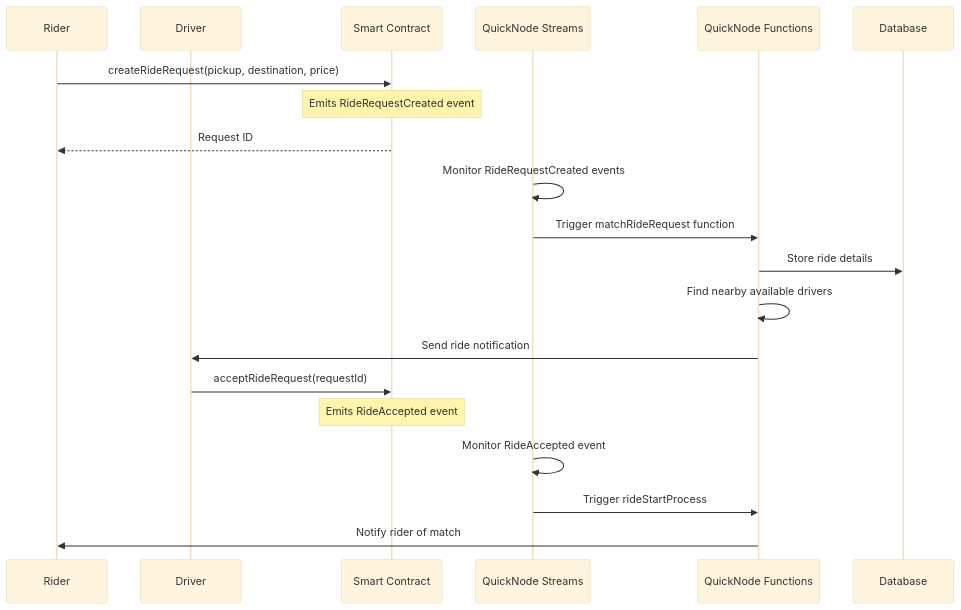
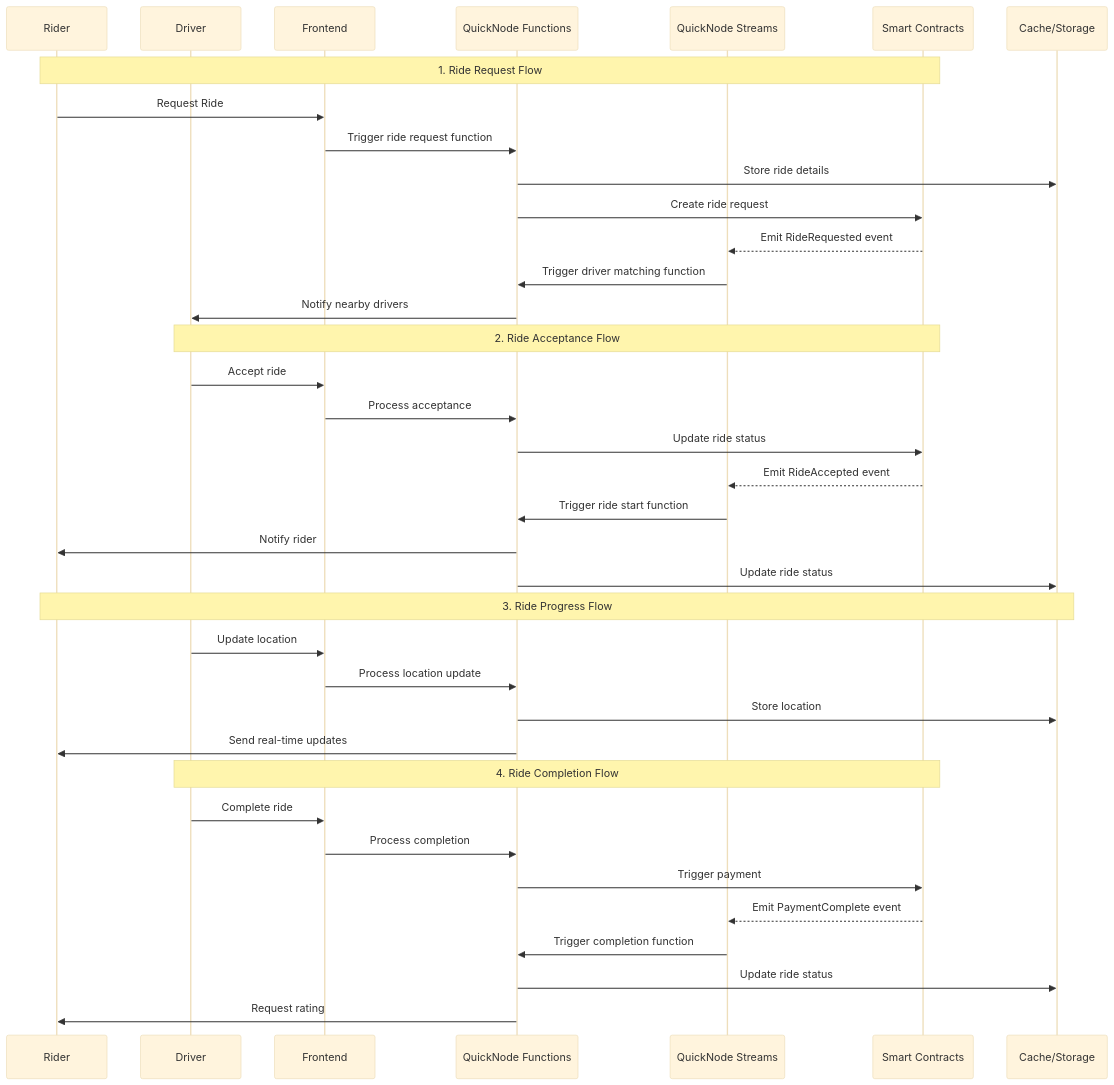
One commit to Abbas-Dev-786/Block_Ride changed the diagram in README.md. Above: the diagram before and after it, drawn with Mermaid (base theme).

````diff
--- a/README.md
+++ b/README.md
@@ -27,27 +27,47 @@
 ```mermaid
 sequenceDiagram
     participant R as Rider
     participant D as Driver
-    participant SC as Smart Contract
+    participant UI as Frontend
+    participant QF as QuickNode Functions
     participant QS as QuickNode Streams
-    participant QF as QuickNode Functions
-    participant DB as Database
+    participant SC as Smart Contracts
+    participant DB as Cache/Storage
 
-    R->>SC: createRideRequest(pickup, destination, price)
-    Note over SC: Emits RideRequestCreated event
-    SC-->>R: Request ID
+    %% Ride Request Flow
+    Note over R,SC: 1. Ride Request Flow
+    R->>UI: Request Ride
+    UI->>QF: Trigger ride request function
+    QF->>DB: Store ride details
+    QF->>SC: Create ride request
+    SC-->>QS: Emit RideRequested event
+    QS->>QF: Trigger driver matching function
+    QF->>D: Notify nearby drivers
 
-    QS->>QS: Monitor RideRequestCreated events
-    QS->>QF: Trigger matchRideRequest function
-    
-    QF->>DB: Store ride details
-    QF->>QF: Find nearby available drivers
-    QF->>D: Send ride notification
-    
-    D->>SC: acceptRideRequest(requestId)
-    Note over SC: Emits RideAccepted event
-    
-    QS->>QS: Monitor RideAccepted event
-    QS->>QF: Trigger rideStartProcess
-    QF->>R: Notify rider of match
+    %% Ride Acceptance Flow
+    Note over D,SC: 2. Ride Acceptance Flow
+    D->>UI: Accept ride
+    UI->>QF: Process acceptance
+    QF->>SC: Update ride status
+    SC-->>QS: Emit RideAccepted event
+    QS->>QF: Trigger ride start function
+    QF->>R: Notify rider
+    QF->>DB: Update ride status
+
+    %% Ride Progress Flow
+    Note over R,DB: 3. Ride Progress Flow
+    D->>UI: Update location
+    UI->>QF: Process location update
+    QF->>DB: Store location
+    QF->>R: Send real-time updates
+
+    %% Ride Completion Flow
+    Note over D,SC: 4. Ride Completion Flow
+    D->>UI: Complete ride
+    UI->>QF: Process completion
+    QF->>SC: Trigger payment
+    SC-->>QS: Emit PaymentComplete event
+    QS->>QF: Trigger completion function
+    QF->>DB: Update ride status
+    QF->>R: Request rating
 ```
````
